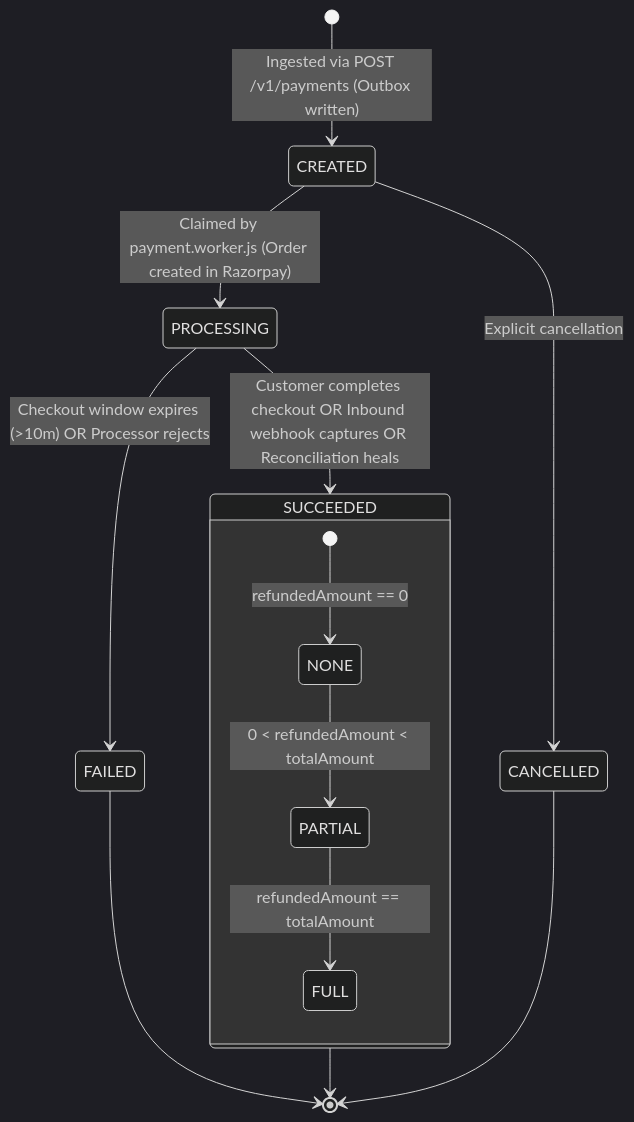
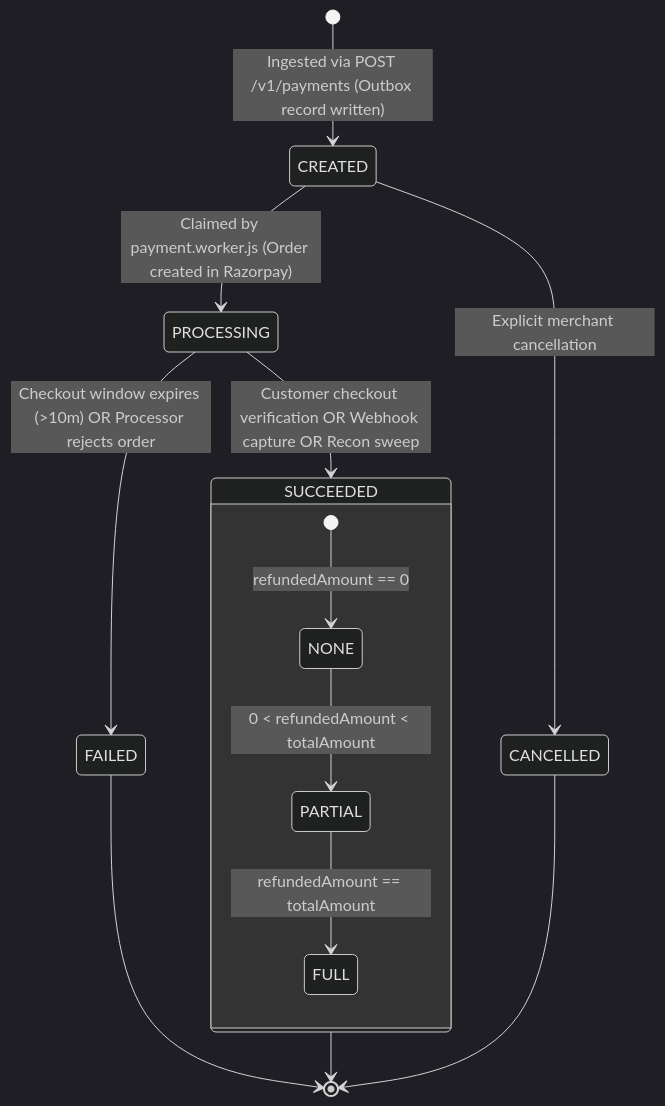
The third of 4 diagrams in ARCHITECTURE.md (buildwithrishabh/Event-Driven-Payment-Gateway), drawn with Mermaid (dark theme) before and after one commit. The commit also changed other lines of this file, not shown here.

Commit message:
docs: overhaul ARCHITECTURE.md into comprehensive project mastery guide

````diff
--- a/ARCHITECTURE.md
+++ b/ARCHITECTURE.md
@@ -745,17 +489,18 @@
 ```mermaid
 stateDiagram-v2
-    [*] --> CREATED: Ingested via POST /v1/payments (Outbox written)
+    [*] --> CREATED: Ingested via POST /v1/payments (Outbox record written)
     CREATED --> PROCESSING: Claimed by payment.worker.js (Order created in Razorpay)
-    PROCESSING --> SUCCEEDED: Customer completes checkout OR Inbound webhook captures OR Reconciliation heals
-    PROCESSING --> FAILED: Checkout window expires (>10m) OR Processor rejects
-    CREATED --> CANCELLED: Explicit cancellation
+    PROCESSING --> SUCCEEDED: Customer checkout verification OR Webhook capture OR Recon sweep
+    PROCESSING --> FAILED: Checkout window expires (>10m) OR Processor rejects order
+    CREATED --> CANCELLED: Explicit merchant cancellation
+
     SUCCEEDED --> [*]
     FAILED --> [*]
     CANCELLED --> [*]
 
     state SUCCEEDED {
         [*] --> NONE: refundedAmount == 0
         NONE --> PARTIAL: 0 < refundedAmount < totalAmount
         PARTIAL --> FULL: refundedAmount == totalAmount
     }
 ```
````
